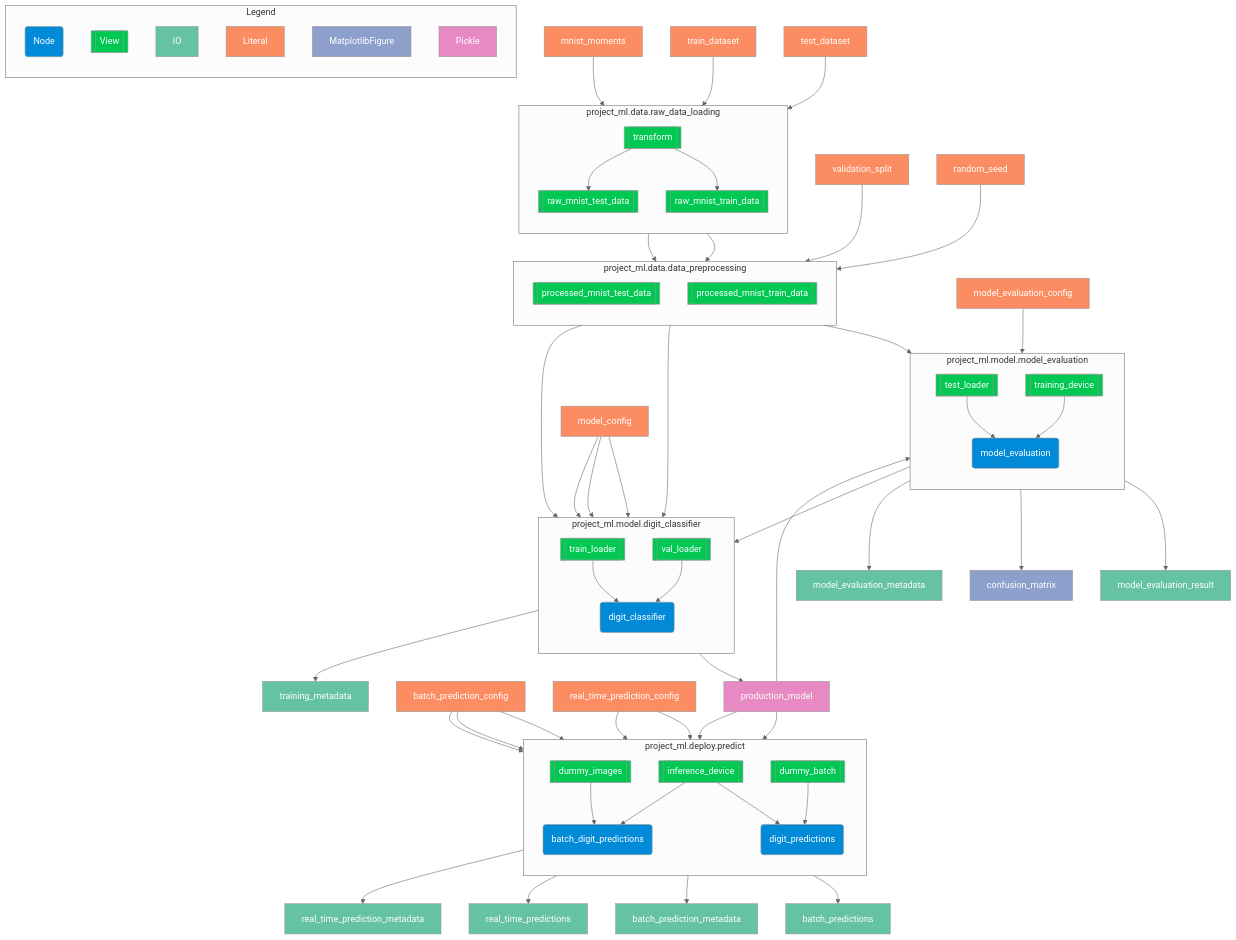
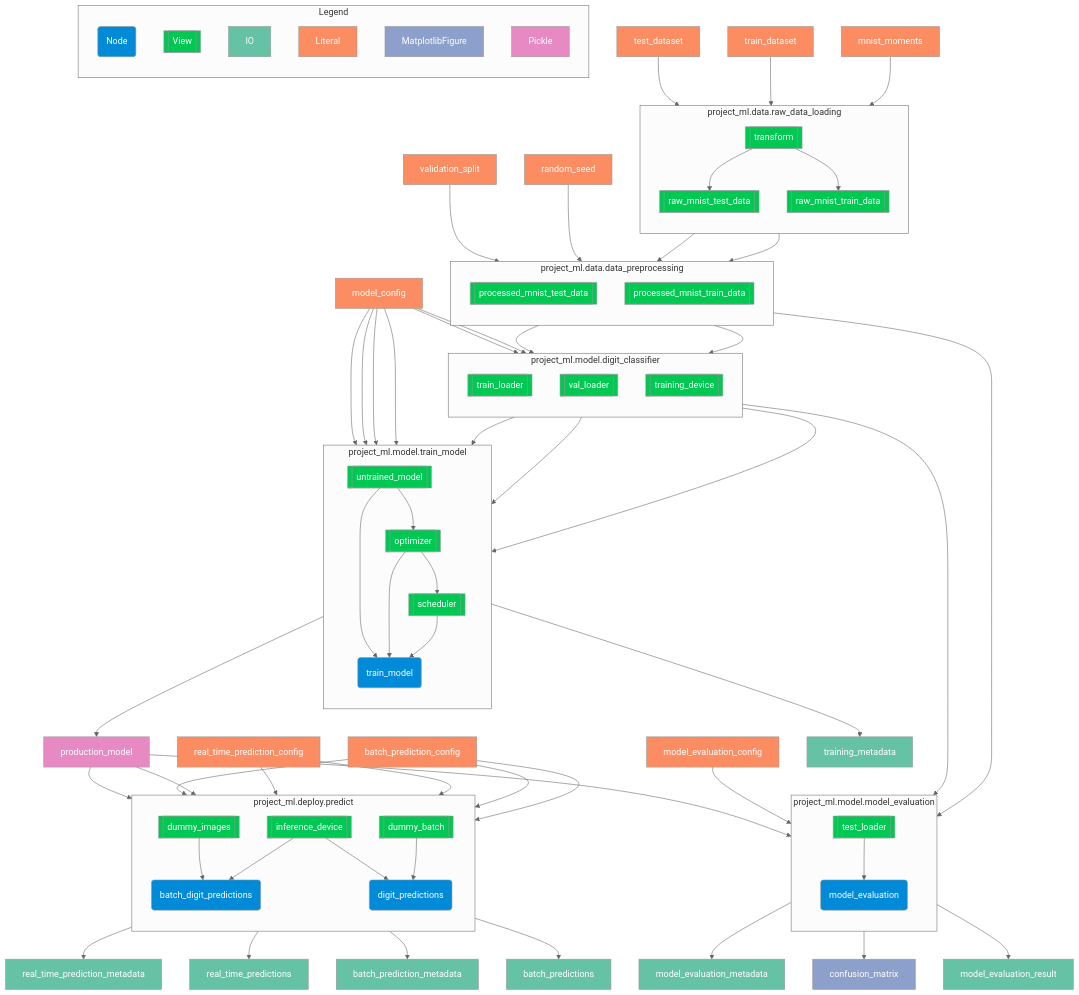
One commit to ing-bank/ordeq changed the diagram in examples/project-ml/pipeline_diagram.mermaid. Above: the diagram before and after it, drawn with Mermaid (neutral theme). The commit also changed 4 other files, not shown here.

```diff
--- a/examples/project-ml/pipeline_diagram.mermaid
+++ b/examples/project-ml/pipeline_diagram.mermaid
@@ -1,117 +1,131 @@
 graph TB
 	subgraph legend["Legend"]
 		direction TB
 		L0@{shape: rounded, label: "Node"}
 		L2@{shape: subroutine, label: "View"}
 		L00@{shape: rect, label: "IO"}
 		L01@{shape: rect, label: "Literal"}
 		L02@{shape: rect, label: "MatplotlibFigure"}
 		L03@{shape: rect, label: "Pickle"}
 	end
 
 	project_ml.data.raw_data_loading:raw_mnist_test_data --> project_ml.data.data_preprocessing:processed_mnist_test_data
 	project_ml.data.raw_data_loading:raw_mnist_train_data --> project_ml.data.data_preprocessing:processed_mnist_train_data
 	IO0 --> project_ml.data.data_preprocessing:processed_mnist_train_data
 	IO1 --> project_ml.data.data_preprocessing:processed_mnist_train_data
 	IO2 --> project_ml.data.raw_data_loading:raw_mnist_test_data
 	project_ml.data.raw_data_loading:transform --> project_ml.data.raw_data_loading:raw_mnist_test_data
 	IO3 --> project_ml.data.raw_data_loading:raw_mnist_train_data
 	project_ml.data.raw_data_loading:transform --> project_ml.data.raw_data_loading:raw_mnist_train_data
 	IO4 --> project_ml.data.raw_data_loading:transform
 	project_ml.deploy.predict:dummy_images --> project_ml.deploy.predict:batch_digit_predictions
 	IO5 --> project_ml.deploy.predict:batch_digit_predictions
 	IO6 --> project_ml.deploy.predict:batch_digit_predictions
 	project_ml.deploy.predict:inference_device --> project_ml.deploy.predict:batch_digit_predictions
 	project_ml.deploy.predict:batch_digit_predictions --> IO7
 	project_ml.deploy.predict:batch_digit_predictions --> IO8
 	project_ml.deploy.predict:dummy_batch --> project_ml.deploy.predict:digit_predictions
 	IO5 --> project_ml.deploy.predict:digit_predictions
 	IO9 --> project_ml.deploy.predict:digit_predictions
 	project_ml.deploy.predict:inference_device --> project_ml.deploy.predict:digit_predictions
 	project_ml.deploy.predict:digit_predictions --> IO10
 	project_ml.deploy.predict:digit_predictions --> IO11
 	IO9 --> project_ml.deploy.predict:dummy_batch
 	IO6 --> project_ml.deploy.predict:dummy_images
 	IO6 --> project_ml.deploy.predict:inference_device
-	project_ml.model.digit_classifier:train_loader --> project_ml.model.digit_classifier:digit_classifier
-	project_ml.model.digit_classifier:val_loader --> project_ml.model.digit_classifier:digit_classifier
-	IO12 --> project_ml.model.digit_classifier:digit_classifier
-	project_ml.model.model_evaluation:training_device --> project_ml.model.digit_classifier:digit_classifier
-	project_ml.model.digit_classifier:digit_classifier --> IO5
-	project_ml.model.digit_classifier:digit_classifier --> IO13
 	project_ml.data.data_preprocessing:processed_mnist_train_data --> project_ml.model.digit_classifier:train_loader
 	IO12 --> project_ml.model.digit_classifier:train_loader
 	project_ml.data.data_preprocessing:processed_mnist_train_data --> project_ml.model.digit_classifier:val_loader
 	IO12 --> project_ml.model.digit_classifier:val_loader
 	IO5 --> project_ml.model.model_evaluation:model_evaluation
 	project_ml.model.model_evaluation:test_loader --> project_ml.model.model_evaluation:model_evaluation
-	project_ml.model.model_evaluation:training_device --> project_ml.model.model_evaluation:model_evaluation
+	project_ml.model.digit_classifier:training_device --> project_ml.model.model_evaluation:model_evaluation
+	project_ml.model.model_evaluation:model_evaluation --> IO13
 	project_ml.model.model_evaluation:model_evaluation --> IO14
 	project_ml.model.model_evaluation:model_evaluation --> IO15
-	project_ml.model.model_evaluation:model_evaluation --> IO16
 	project_ml.data.data_preprocessing:processed_mnist_test_data --> project_ml.model.model_evaluation:test_loader
-	IO17 --> project_ml.model.model_evaluation:test_loader
+	IO16 --> project_ml.model.model_evaluation:test_loader
+	IO12 --> project_ml.model.train_model:optimizer
+	project_ml.model.train_model:untrained_model --> project_ml.model.train_model:optimizer
+	IO12 --> project_ml.model.train_model:scheduler
+	project_ml.model.train_model:optimizer --> project_ml.model.train_model:scheduler
+	project_ml.model.digit_classifier:train_loader --> project_ml.model.train_model:train_model
+	project_ml.model.digit_classifier:val_loader --> project_ml.model.train_model:train_model
+	IO12 --> project_ml.model.train_model:train_model
+	project_ml.model.digit_classifier:training_device --> project_ml.model.train_model:train_model
+	project_ml.model.train_model:untrained_model --> project_ml.model.train_model:train_model
+	project_ml.model.train_model:optimizer --> project_ml.model.train_model:train_model
+	project_ml.model.train_model:scheduler --> project_ml.model.train_model:train_model
+	project_ml.model.train_model:train_model --> IO5
+	project_ml.model.train_model:train_model --> IO17
+	IO12 --> project_ml.model.train_model:untrained_model
 
 	subgraph s0["project_ml.data.data_preprocessing"]
 		direction TB
 		project_ml.data.data_preprocessing:processed_mnist_test_data@{shape: subroutine, label: "processed_mnist_test_data"}
 		project_ml.data.data_preprocessing:processed_mnist_train_data@{shape: subroutine, label: "processed_mnist_train_data"}
 	end
 	subgraph s1["project_ml.data.raw_data_loading"]
 		direction TB
 		project_ml.data.raw_data_loading:raw_mnist_test_data@{shape: subroutine, label: "raw_mnist_test_data"}
 		project_ml.data.raw_data_loading:raw_mnist_train_data@{shape: subroutine, label: "raw_mnist_train_data"}
 		project_ml.data.raw_data_loading:transform@{shape: subroutine, label: "transform"}
 	end
 	subgraph s2["project_ml.deploy.predict"]
 		direction TB
 		project_ml.deploy.predict:batch_digit_predictions@{shape: rounded, label: "batch_digit_predictions"}
 		project_ml.deploy.predict:digit_predictions@{shape: rounded, label: "digit_predictions"}
 		project_ml.deploy.predict:dummy_batch@{shape: subroutine, label: "dummy_batch"}
 		project_ml.deploy.predict:dummy_images@{shape: subroutine, label: "dummy_images"}
 		project_ml.deploy.predict:inference_device@{shape: subroutine, label: "inference_device"}
 	end
 	subgraph s3["project_ml.model.digit_classifier"]
 		direction TB
-		project_ml.model.digit_classifier:digit_classifier@{shape: rounded, label: "digit_classifier"}
 		project_ml.model.digit_classifier:train_loader@{shape: subroutine, label: "train_loader"}
+		project_ml.model.digit_classifier:training_device@{shape: subroutine, label: "training_device"}
 		project_ml.model.digit_classifier:val_loader@{shape: subroutine, label: "val_loader"}
 	end
 	subgraph s4["project_ml.model.model_evaluation"]
 		direction TB
 		project_ml.model.model_evaluation:model_evaluation@{shape: rounded, label: "model_evaluation"}
 		project_ml.model.model_evaluation:test_loader@{shape: subroutine, label: "test_loader"}
-		project_ml.model.model_evaluation:training_device@{shape: subroutine, label: "training_device"}
+	end
+	subgraph s5["project_ml.model.train_model"]
+		direction TB
+		project_ml.model.train_model:optimizer@{shape: subroutine, label: "optimizer"}
+		project_ml.model.train_model:scheduler@{shape: subroutine, label: "scheduler"}
+		project_ml.model.train_model:train_model@{shape: rounded, label: "train_model"}
+		project_ml.model.train_model:untrained_model@{shape: subroutine, label: "untrained_model"}
 	end
 	IO0@{shape: rect, label: "validation_split"}
 	IO1@{shape: rect, label: "random_seed"}
 	IO10@{shape: rect, label: "real_time_predictions"}
 	IO11@{shape: rect, label: "real_time_prediction_metadata"}
 	IO12@{shape: rect, label: "model_config"}
-	IO13@{shape: rect, label: "training_metadata"}
-	IO14@{shape: rect, label: "model_evaluation_result"}
-	IO15@{shape: rect, label: "confusion_matrix"}
-	IO16@{shape: rect, label: "model_evaluation_metadata"}
-	IO17@{shape: rect, label: "model_evaluation_config"}
+	IO13@{shape: rect, label: "model_evaluation_result"}
+	IO14@{shape: rect, label: "confusion_matrix"}
+	IO15@{shape: rect, label: "model_evaluation_metadata"}
+	IO16@{shape: rect, label: "model_evaluation_config"}
+	IO17@{shape: rect, label: "training_metadata"}
 	IO2@{shape: rect, label: "test_dataset"}
 	IO3@{shape: rect, label: "train_dataset"}
 	IO4@{shape: rect, label: "mnist_moments"}
 	IO5@{shape: rect, label: "production_model"}
 	IO6@{shape: rect, label: "batch_prediction_config"}
 	IO7@{shape: rect, label: "batch_predictions"}
 	IO8@{shape: rect, label: "batch_prediction_metadata"}
 	IO9@{shape: rect, label: "real_time_prediction_config"}
 
-	class L0,project_ml.deploy.predict:batch_digit_predictions,project_ml.deploy.predict:digit_predictions,project_ml.model.digit_classifier:digit_classifier,project_ml.model.model_evaluation:model_evaluation node
-	class L2,project_ml.data.data_preprocessing:processed_mnist_test_data,project_ml.data.data_preprocessing:processed_mnist_train_data,project_ml.data.raw_data_loading:raw_mnist_test_data,project_ml.data.raw_data_loading:raw_mnist_train_data,project_ml.data.raw_data_loading:transform,project_ml.deploy.predict:dummy_batch,project_ml.deploy.predict:dummy_images,project_ml.deploy.predict:inference_device,project_ml.model.digit_classifier:train_loader,project_ml.model.digit_classifier:val_loader,project_ml.model.model_evaluation:test_loader,project_ml.model.model_evaluation:training_device view
-	class L00,IO10,IO11,IO13,IO14,IO16,IO7,IO8 io0
-	class L01,IO0,IO1,IO12,IO17,IO2,IO3,IO4,IO6,IO9 io1
-	class L02,IO15 io2
+	class L0,project_ml.deploy.predict:batch_digit_predictions,project_ml.deploy.predict:digit_predictions,project_ml.model.model_evaluation:model_evaluation,project_ml.model.train_model:train_model node
+	class L2,project_ml.data.data_preprocessing:processed_mnist_test_data,project_ml.data.data_preprocessing:processed_mnist_train_data,project_ml.data.raw_data_loading:raw_mnist_test_data,project_ml.data.raw_data_loading:raw_mnist_train_data,project_ml.data.raw_data_loading:transform,project_ml.deploy.predict:dummy_batch,project_ml.deploy.predict:dummy_images,project_ml.deploy.predict:inference_device,project_ml.model.digit_classifier:train_loader,project_ml.model.digit_classifier:training_device,project_ml.model.digit_classifier:val_loader,project_ml.model.model_evaluation:test_loader,project_ml.model.train_model:optimizer,project_ml.model.train_model:scheduler,project_ml.model.train_model:untrained_model view
+	class L00,IO10,IO11,IO13,IO15,IO17,IO7,IO8 io0
+	class L01,IO0,IO1,IO12,IO16,IO2,IO3,IO4,IO6,IO9 io1
+	class L02,IO14 io2
 	class L03,IO5 io3
 	classDef node fill:#008AD7,color:#FFF
 	classDef io fill:#FFD43B
 	classDef view fill:#00C853,color:#FFF
 	classDef io0 fill:#66c2a5
 	classDef io1 fill:#fc8d62
 	classDef io2 fill:#8da0cb
 	classDef io3 fill:#e78ac3
```
